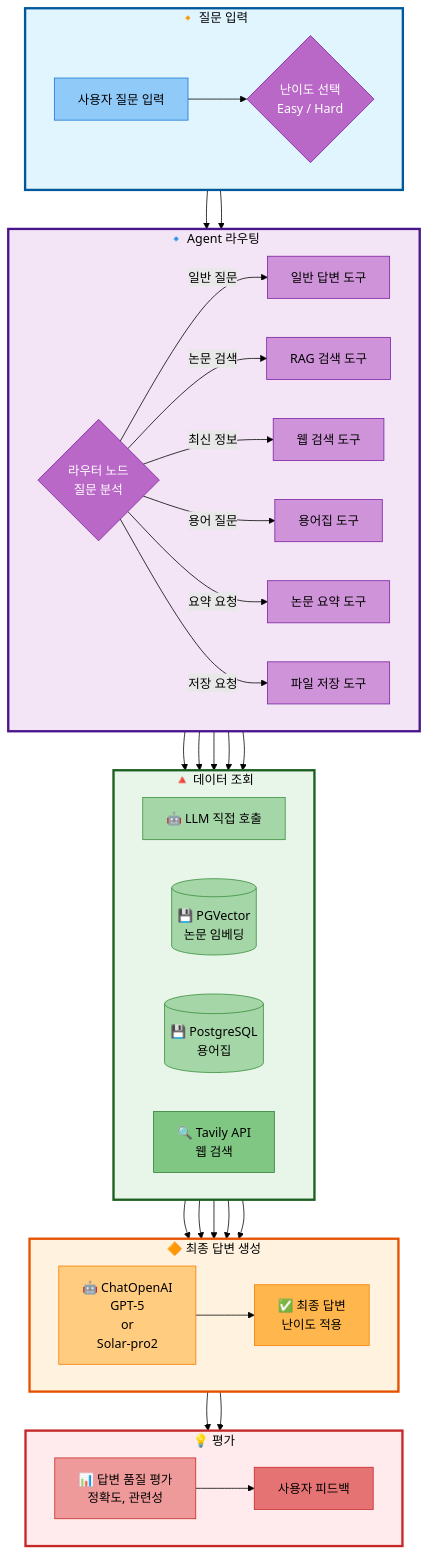
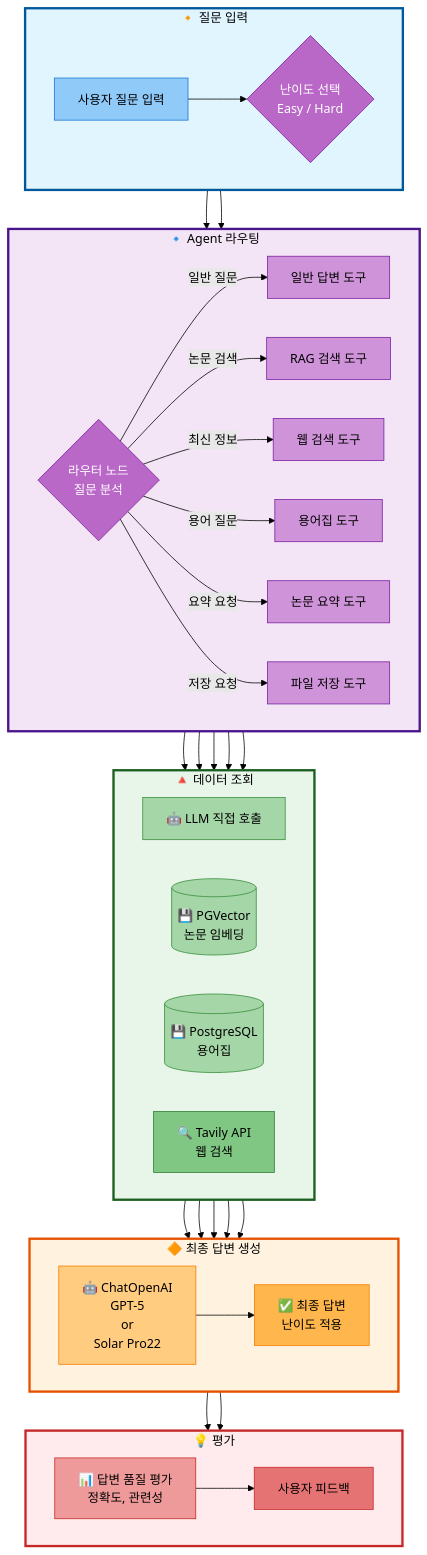
One commit to AIBootcamp14/langchainproject-new-langchainproject_5 changed the first of 3 diagrams in docs/minutes/20251030/20251030_멘토링.md. Above: the diagram before and after it, drawn with Mermaid (forest theme). The commit also changed other lines of this file and 19 other files, not shown here.

````diff
--- a/docs/minutes/20251030/20251030_멘토링.md
+++ b/docs/minutes/20251030/20251030_멘토링.md
@@ -45,81 +45,81 @@
 ```mermaid
 graph TB
     subgraph Input["🔸 질문 입력"]
         direction LR
         User[사용자 질문 입력] --> Difficulty{난이도 선택<br/>Easy / Hard}
     end
 
     subgraph AgentProcessing["🔹 Agent 라우팅"]
         direction LR
         Difficulty --> Router{라우터 노드<br/>질문 분석}
         Router -->|일반 질문| GeneralTool[일반 답변 도구]
         Router -->|논문 검색| RAGTool[RAG 검색 도구]
         Router -->|최신 정보| WebTool[웹 검색 도구]
         Router -->|용어 질문| GlossaryTool[용어집 도구]
         Router -->|요약 요청| SummarizeTool[논문 요약 도구]
         Router -->|저장 요청| SaveTool[파일 저장 도구]
     end
 
     subgraph DataRetrieval["🔺 데이터 조회"]
         direction LR
         GeneralTool --> LLMDirect[🤖 LLM 직접 호출]
         RAGTool --> VectorDB[(💾 PGVector<br/>논문 임베딩)]
         GlossaryTool --> PostgreSQL[(💾 PostgreSQL<br/>용어집)]
         WebTool --> TavilyAPI[🔍 Tavily API<br/>웹 검색]
     end
 
     subgraph ResponseGen["🔶 최종 답변 생성"]
         direction LR
-        LLMDirect --> LLM["🤖 ChatOpenAI<br>GPT-5<br>or<br>Solar-pro2"]
+        LLMDirect --> LLM["🤖 ChatOpenAI<br>GPT-5<br>or<br>Solar Pro22"]
         VectorDB --> LLM
         PostgreSQL --> LLM
         TavilyAPI --> LLM
         LLM --> Answer[✅ 최종 답변<br/>난이도 적용]
     end
 
     subgraph Evaluation["💡 평가"]
         direction LR
         Answer --> Eval[📊 답변 품질 평가<br/>정확도, 관련성]
         Eval --> UserFeedback[사용자 피드백]
     end
 
     %% 단계 간 연결
     Input --> AgentProcessing
     AgentProcessing --> DataRetrieval
     DataRetrieval --> ResponseGen
     ResponseGen --> Evaluation
 
     %% Subgraph 스타일
     style Input fill:#e1f5ff,stroke:#01579b,stroke-width:3px,color:#000
     style AgentProcessing fill:#f3e5f5,stroke:#4a148c,stroke-width:3px,color:#000
     style DataRetrieval fill:#e8f5e9,stroke:#1b5e20,stroke-width:3px,color:#000
     style ResponseGen fill:#fff3e0,stroke:#e65100,stroke-width:3px,color:#000
     style Evaluation fill:#ffebee,stroke:#c62828,stroke-width:3px,color:#000
 
     %% 노드 스타일 (입력 - 파랑 계열)
     style User fill:#90caf9,stroke:#1976d2,color:#000
     style Difficulty fill:#ba68c8,stroke:#7b1fa2,color:#fff
 
     %% 노드 스타일 (Agent - 보라 계열)
     style Router fill:#ba68c8,stroke:#7b1fa2,color:#fff
     style GeneralTool fill:#ce93d8,stroke:#7b1fa2,color:#000
     style RAGTool fill:#ce93d8,stroke:#7b1fa2,color:#000
     style WebTool fill:#ce93d8,stroke:#7b1fa2,color:#000
     style GlossaryTool fill:#ce93d8,stroke:#7b1fa2,color:#000
     style SummarizeTool fill:#ce93d8,stroke:#7b1fa2,color:#000
     style SaveTool fill:#ce93d8,stroke:#7b1fa2,color:#000
 
     %% 노드 스타일 (데이터 조회 - 녹색 계열)
     style LLMDirect fill:#a5d6a7,stroke:#388e3c,color:#000
     style VectorDB fill:#a5d6a7,stroke:#388e3c,color:#000
     style PostgreSQL fill:#a5d6a7,stroke:#388e3c,color:#000
     style TavilyAPI fill:#81c784,stroke:#2e7d32,color:#000
 
     %% 노드 스타일 (답변 생성 - 주황 계열)
     style LLM fill:#ffcc80,stroke:#f57c00,color:#000
     style Answer fill:#ffb74d,stroke:#f57c00,color:#000
 
     %% 노드 스타일 (평가 - 빨강 계열)
     style Eval fill:#ef9a9a,stroke:#c62828,color:#000
     style UserFeedback fill:#e57373,stroke:#c62828,color:#000
 ```
````
